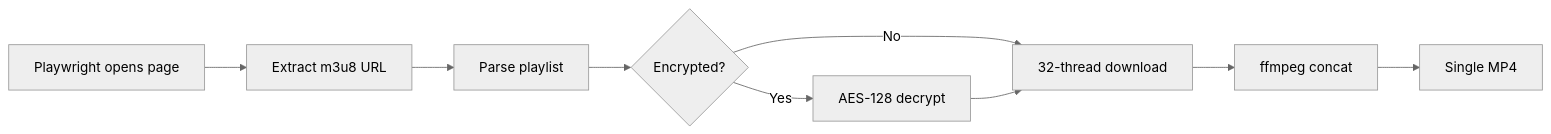
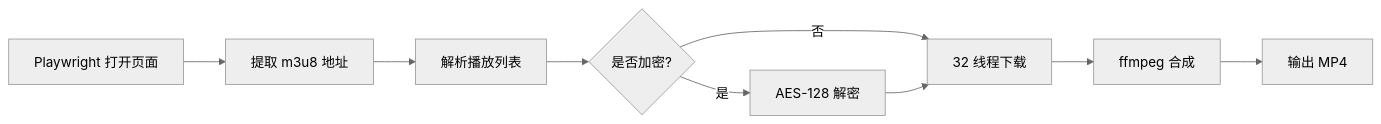
One commit to rmtd418/jabletv-downloader changed the diagram in README.md. Above: the diagram before and after it, drawn with Mermaid (neutral theme). The commit also changed other lines of this file, not shown here.

````diff
--- a/README.md
+++ b/README.md
@@ -61,11 +107,11 @@
 ```mermaid
 flowchart LR
-    A[Playwright opens page] --> B[Extract m3u8 URL]
-    B --> C[Parse playlist]
-    C --> D{Encrypted?}
-    D -->|Yes| E[AES-128 decrypt]
-    D -->|No| F[32-thread download]
+    A[Playwright 打开页面] --> B[提取 m3u8 地址]
+    B --> C[解析播放列表]
+    C --> D{是否加密?}
+    D -->|是| E[AES-128 解密]
+    D -->|否| F[32 线程下载]
     E --> F
-    F --> G[ffmpeg concat]
-    G --> H[Single MP4]
+    F --> G[ffmpeg 合成]
+    G --> H[输出 MP4]
 ```
````
